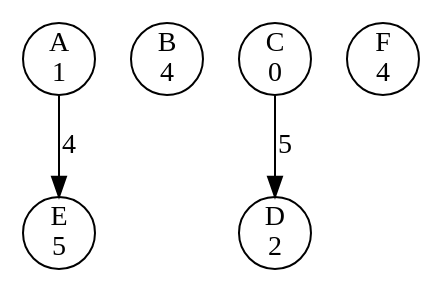
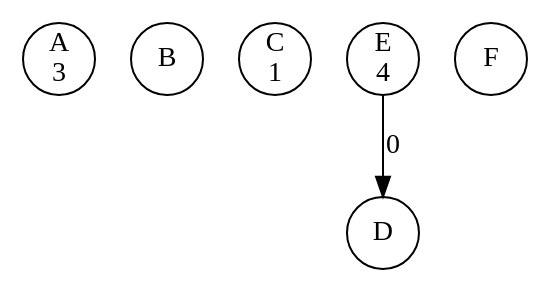
Before and after one commit to li23179/GO: the diagram in concurrency-lab-2/bank/out/0000000025.gv, drawn with Graphviz. The commit also changed 110 other files, not shown here.

```diff
--- a/concurrency-lab-2/bank/out/0000000025.gv
+++ b/concurrency-lab-2/bank/out/0000000025.gv
@@ -1,10 +1,9 @@
 digraph bank {
-	 0 [label= "A\n1" , pos= "1,0!" , shape=circle, fixedsize=true, width=0.5 ]
-	 1 [label= "B\n4" , pos= "0,1!" , shape=circle, fixedsize=true, width=0.5 ]
-	 2 [label= "C\n0" , pos= "1,2!" , shape=circle, fixedsize=true, width=0.5 ]
-	 3 [label= "D\n2" , pos= "2,2!" , shape=circle, fixedsize=true, width=0.5 ]
-	 4 [label= "E\n5" , pos= "3,1!" , shape=circle, fixedsize=true, width=0.5 ]
-	 5 [label= "F\n4" , pos= "2,0!" , shape=circle, fixedsize=true, width=0.5 ]
-	 "2" -> "3" [label= "5" ]
-	 "0" -> "4" [label= "4" ]
+	 0 [label= "A\n3" , pos= "1,0!" , shape=circle, fixedsize=true, width=0.5 ]
+	 1 [label= "B\n" , pos= "0,1!" , shape=circle, fixedsize=true, width=0.5 ]
+	 2 [label= "C\n1" , pos= "1,2!" , shape=circle, fixedsize=true, width=0.5 ]
+	 3 [label= "D\n" , pos= "2,2!" , shape=circle, fixedsize=true, width=0.5 ]
+	 4 [label= "E\n4" , pos= "3,1!" , shape=circle, fixedsize=true, width=0.5 ]
+	 5 [label= "F\n" , pos= "2,0!" , shape=circle, fixedsize=true, width=0.5 ]
+	 "4" -> "3" [label= "0" ]
 }
```
